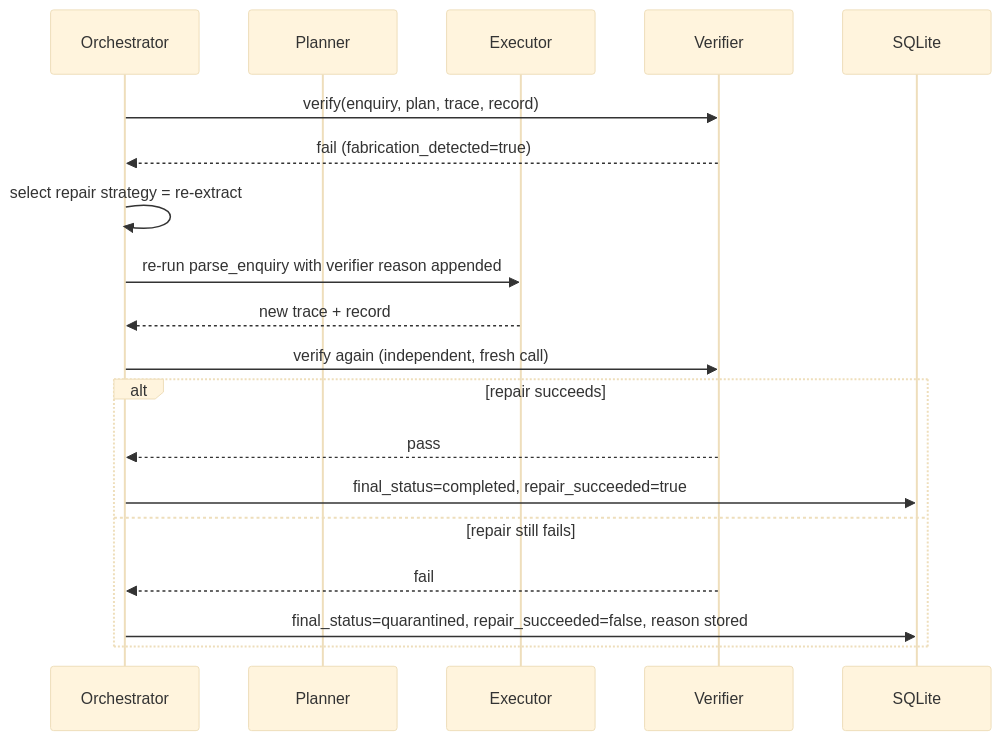
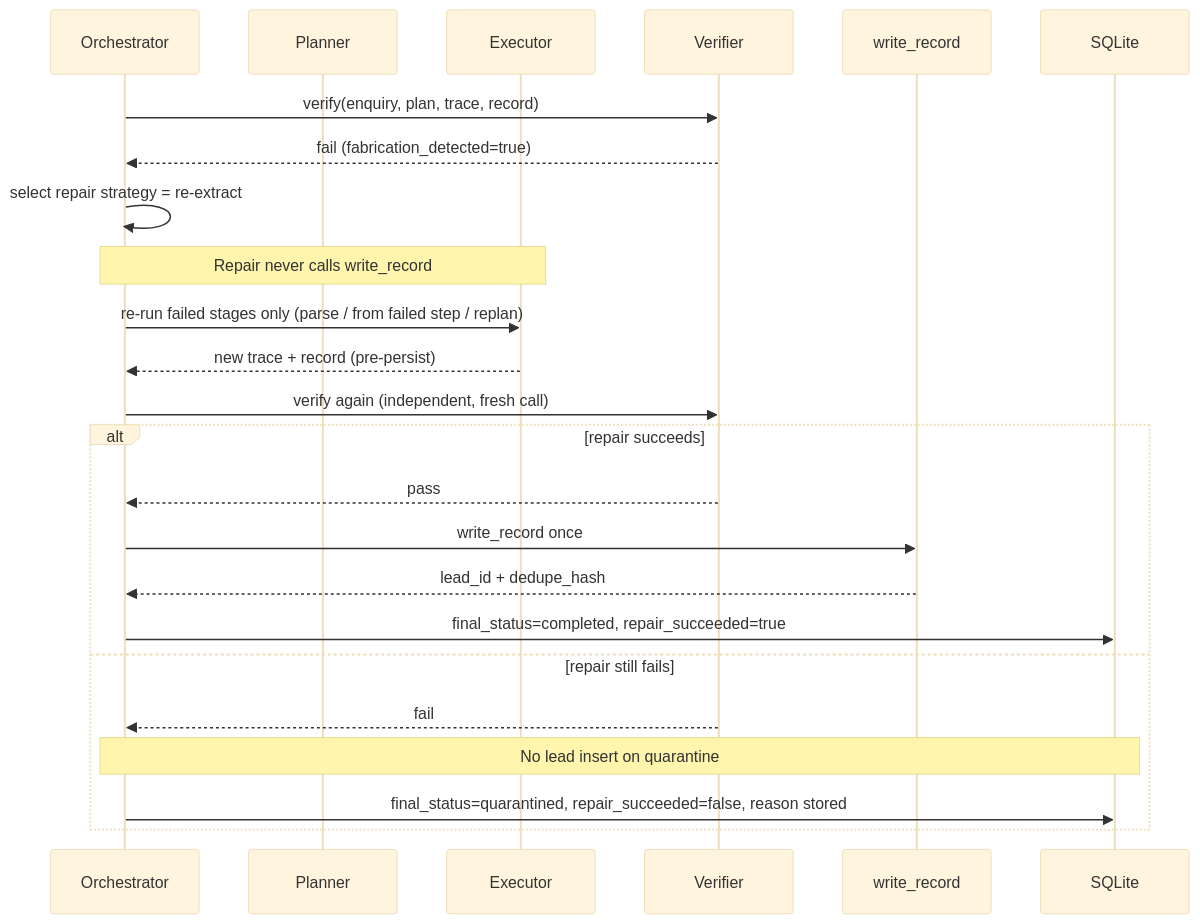
Before and after one commit to LOK-PLOK/trial-brief-lead-enquiry-agent: the third of 6 diagrams in docs/architecture.md, drawn with Mermaid (base theme). The commit also changed other lines of this file and 102 other files, not shown here.

````diff
--- a/docs/architecture.md
+++ b/docs/architecture.md
@@ -307,22 +318,27 @@
 ```mermaid
 sequenceDiagram
     participant O as Orchestrator
     participant P as Planner
     participant E as Executor
     participant V as Verifier
+    participant W as write_record
     participant DB as SQLite
 
     O->>V: verify(enquiry, plan, trace, record)
     V-->>O: fail (fabrication_detected=true)
     O->>O: select repair strategy = re-extract
-    O->>E: re-run parse_enquiry with verifier reason appended
-    E-->>O: new trace + record
+    Note over O,E: Repair never calls write_record
+    O->>E: re-run failed stages only (parse / from failed step / replan)
+    E-->>O: new trace + record (pre-persist)
     O->>V: verify again (independent, fresh call)
     alt repair succeeds
         V-->>O: pass
+        O->>W: write_record once
+        W-->>O: lead_id + dedupe_hash
         O->>DB: final_status=completed, repair_succeeded=true
     else repair still fails
         V-->>O: fail
+        Note over O,DB: No lead insert on quarantine
         O->>DB: final_status=quarantined, repair_succeeded=false, reason stored
     end
 ```
````
